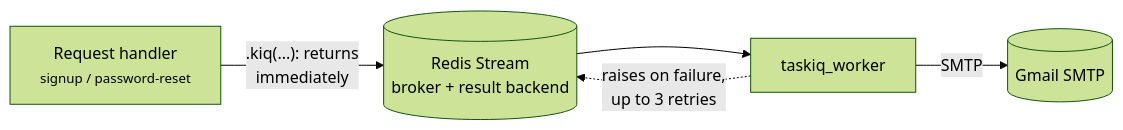
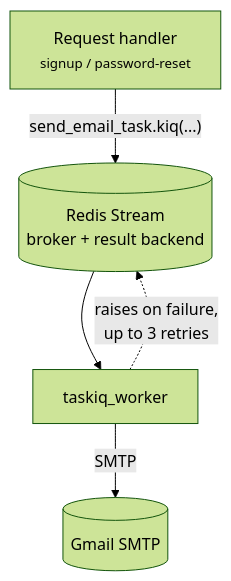
The diagram in docs/mystic_auth/background-workers/taskiq.md (Nachiket-2024/mystic-auth), drawn with Mermaid (forest theme) before and after one commit. The commit also changed other lines of this file and 112 other files, not shown here.

````diff
--- a/docs/mystic_auth/background-workers/taskiq.md
+++ b/docs/mystic_auth/background-workers/taskiq.md
@@ -29,7 +33,7 @@
 ```mermaid
-flowchart LR
-    Req["Request handler<br/><small>signup / password-reset</small>"] -- ".kiq(...): returns<br/>immediately" --> Stream[("Redis Stream<br/>broker + result backend")]
+flowchart TD
+    Req["Request handler<br/><small>signup / password-reset</small>"] -- "send_email_task.kiq(...)" --> Stream[("Redis Stream<br/>broker + result backend")]
     Stream --> Worker["taskiq_worker"]
     Worker -->|SMTP| Gmail[("Gmail SMTP")]
     Worker -.->|"raises on failure,<br/>up to 3 retries"| Stream
 ```
````
